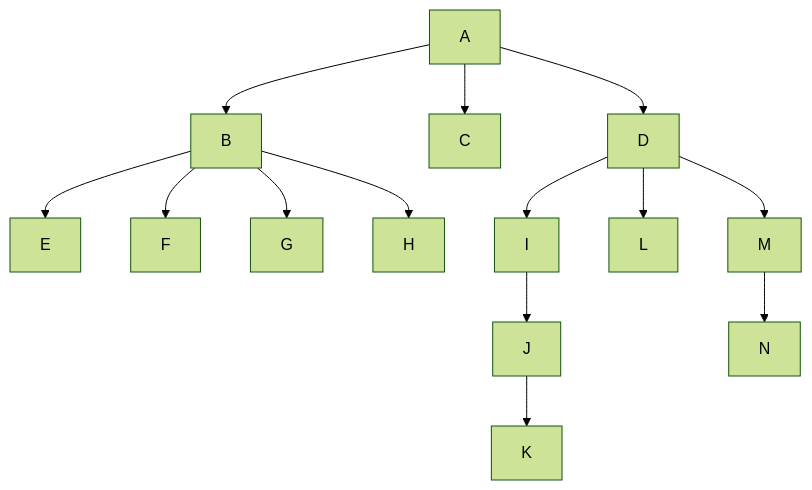
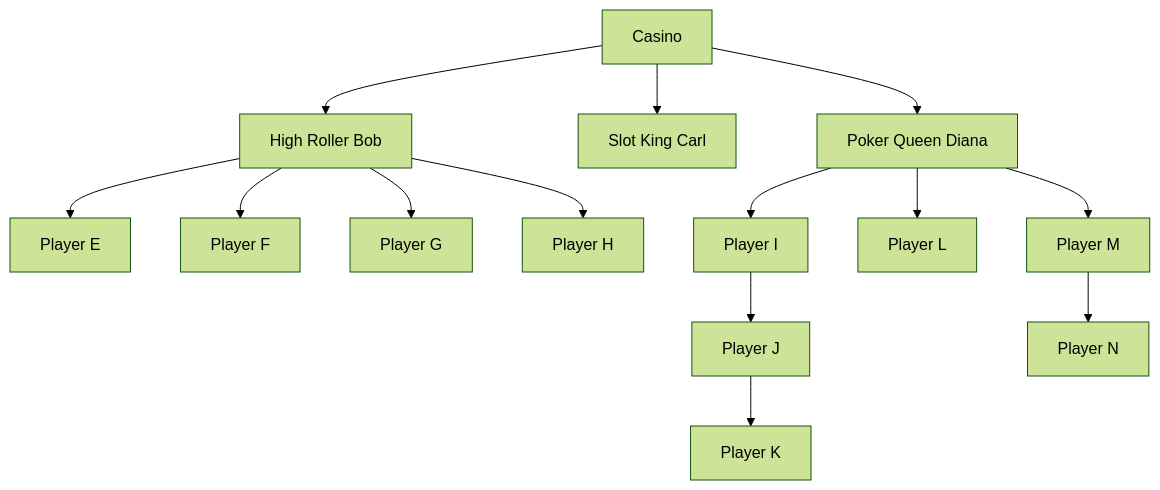
Before and after one commit to qtechgames-assesment/java-nodes: the diagram in README.md, drawn with Mermaid (forest theme). The commit also changed other lines of this file, not shown here.

````diff
--- a/README.md
+++ b/README.md
@@ -12,16 +23,16 @@
 ```mermaid
 flowchart TD
- A --> B
- A --> C
- A --> D
- B --> E
- B --> F
- B --> G
- B --> H
- D --> I
- D --> L
- D --> M
- I --> J
- J --> K
- M --> N
+ A[Casino] --> B[High Roller Bob]
+ A --> C[Slot King Carl]
+ A --> D[Poker Queen Diana]
+ B --> E[Player E]
+ B --> F[Player F]
+ B --> G[Player G]
+ B --> H[Player H]
+ D --> I[Player I]
+ D --> L[Player L]
+ D --> M[Player M]
+ I --> J[Player J]
+ J --> K[Player K]
+ M --> N[Player N]
 ```
````
